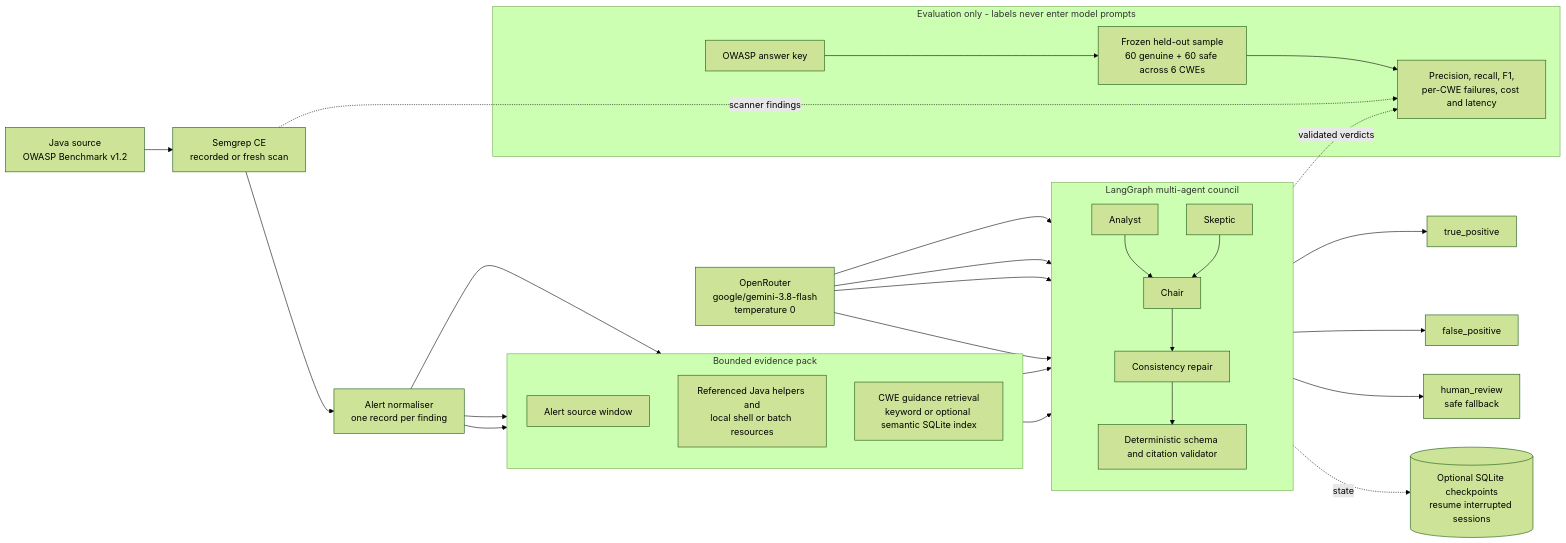
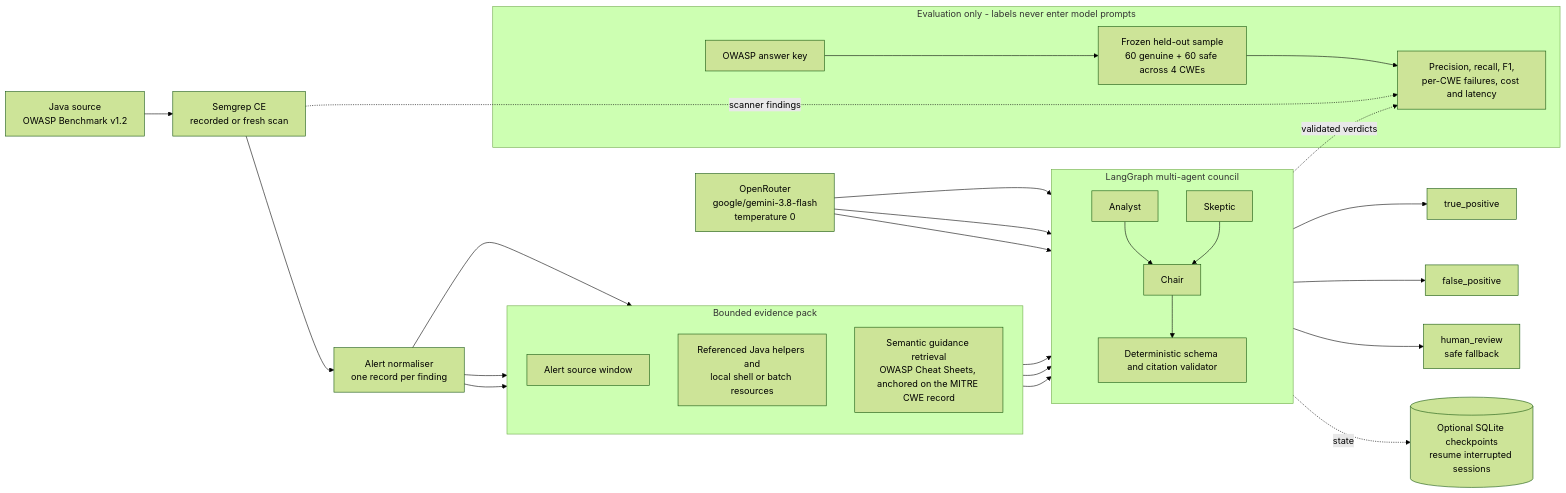
One commit to than-wl/SE201-G1T4-TriageBot changed the diagram in docs/architecture/README.md. Above: the diagram before and after it, drawn with Mermaid (forest theme). The commit also changed 2 other files, not shown here.

Commit message:
Update team contributions, demo caption and Mermaid diagram
The team table now lists each member's work from the git history,
including Darren's experiment framework, steps 1 to 7 and the semantic
default. The demo image notes that it is a ten-alert sample and points
to the full results. The Mermaid diagram matches the final version: no
consistency repair, the Chair receives the evidence pack, guidance is
semantic, and the final test covers 4 CWEs.

````diff
--- a/docs/architecture/README.md
+++ b/docs/architecture/README.md
@@ -3,45 +3,44 @@
 ```mermaid
 flowchart LR
     SRC["Java source<br/>OWASP Benchmark v1.2"] --> SG["Semgrep CE<br/>recorded or fresh scan"]
     SG --> NORM["Alert normaliser<br/>one record per finding"]
 
     subgraph EVIDENCE["Bounded evidence pack"]
       direction TB
       WINDOW["Alert source window"]
       RELATED["Referenced Java helpers and<br/>local shell or batch resources"]
-      GUIDE["CWE guidance retrieval<br/>keyword or optional semantic SQLite index"]
+      GUIDE["Semantic guidance retrieval<br/>OWASP Cheat Sheets, anchored on the MITRE CWE record"]
     end
     NORM --> WINDOW
     NORM --> RELATED
     NORM --> GUIDE
 
     subgraph COUNCIL["LangGraph multi-agent council"]
       direction TB
       A["Analyst"]
       S["Skeptic"]
       C["Chair"]
-      R["Consistency repair"]
       V["Deterministic schema and citation validator"]
       A --> C
       S --> C
-      C --> R --> V
+      C --> V
     end
     EVIDENCE --> A
     EVIDENCE --> S
+    EVIDENCE --> C
     OR["OpenRouter<br/>google/gemini-3.8-flash<br/>temperature 0"] --> A
     OR --> S
     OR --> C
-    OR --> R
 
     V --> TP["true_positive"]
     V --> FP["false_positive"]
     V --> HR["human_review<br/>safe fallback"]
     COUNCIL -. state .-> DB[("Optional SQLite checkpoints<br/>resume interrupted sessions")]
 
     subgraph EVAL["Evaluation only - labels never enter model prompts"]
-      KEY["OWASP answer key"] --> SPLIT["Frozen held-out sample<br/>60 genuine + 60 safe across 6 CWEs"]
+      KEY["OWASP answer key"] --> SPLIT["Frozen held-out sample<br/>60 genuine + 60 safe across 4 CWEs"]
       SPLIT --> SCORE["Precision, recall, F1,<br/>per-CWE failures, cost and latency"]
     end
     SG -. scanner findings .-> SCORE
     V -. validated verdicts .-> SCORE
 ```
````
